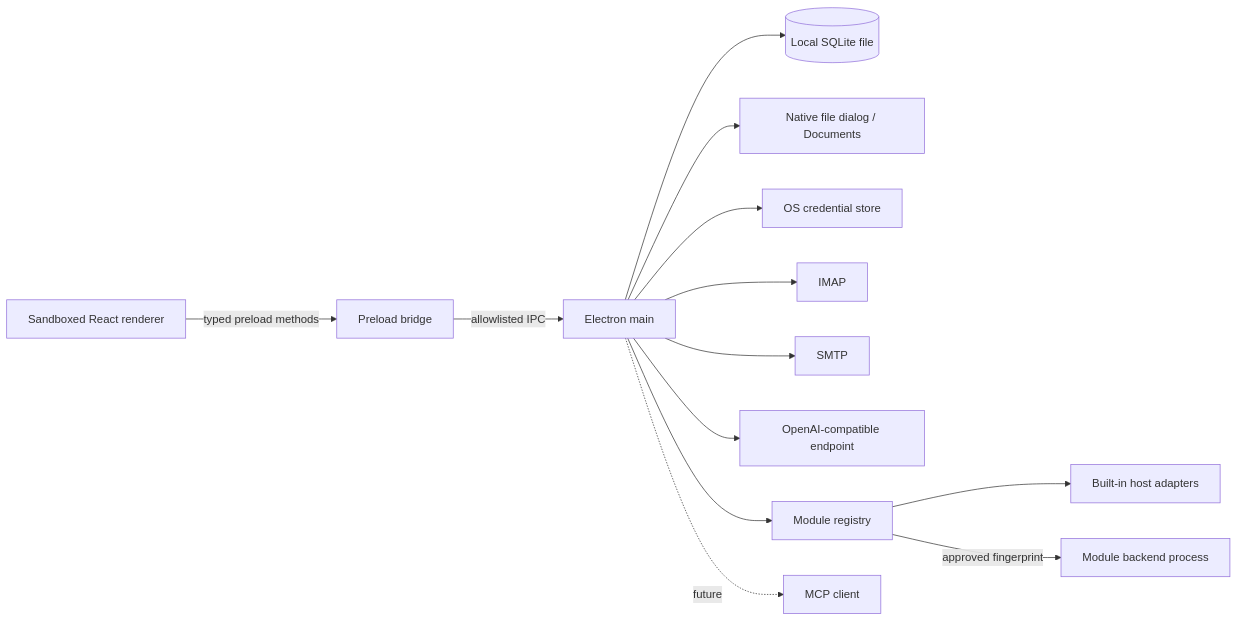
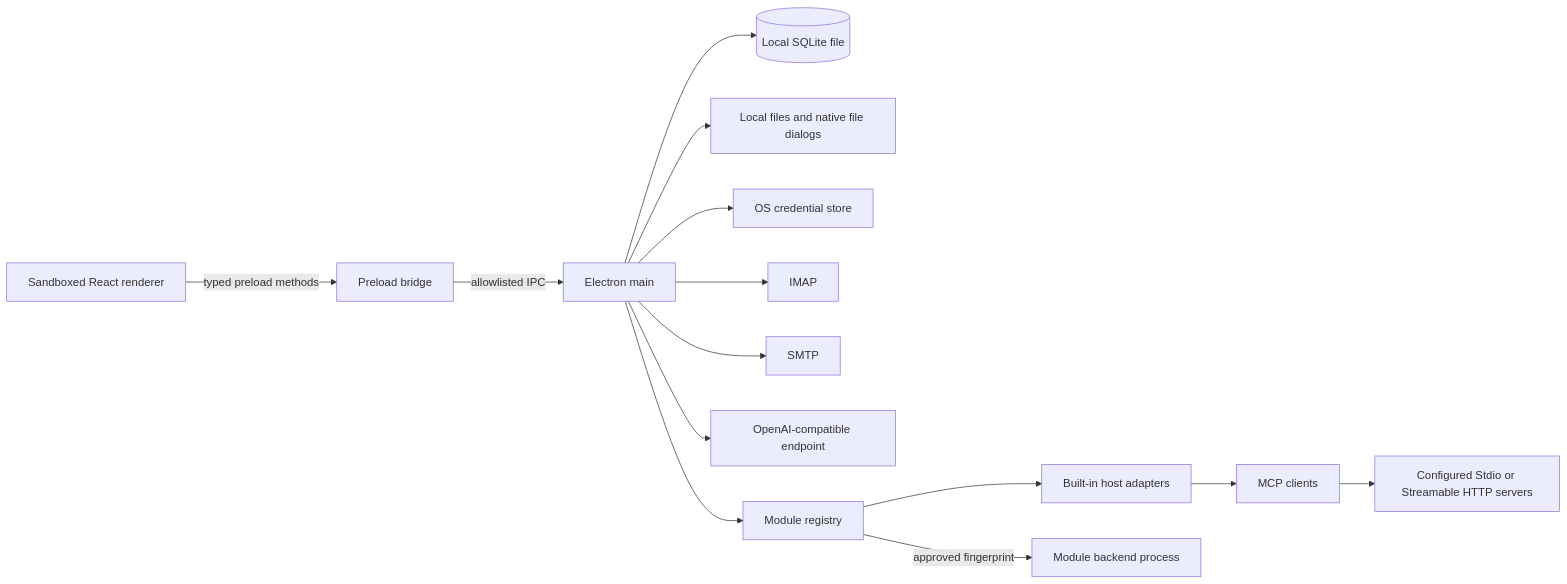
The diagram in docs/architecture.md (Tiboriuss/OpenVibeDesk), drawn with Mermaid before and after one commit. The commit also changed other lines of this file and 19 other files, not shown here.

````diff
--- a/docs/architecture.md
+++ b/docs/architecture.md
@@ -5,15 +7,16 @@
 ```mermaid
 flowchart LR
   R[Sandboxed React renderer] -->|typed preload methods| P[Preload bridge]
   P -->|allowlisted IPC| M[Electron main]
   M --> D[(Local SQLite file)]
-  M --> F[Native file dialog / Documents]
+  M --> F[Local files and native file dialogs]
   M --> K[OS credential store]
   M --> I[IMAP]
   M --> O[SMTP]
   M --> L[OpenAI-compatible endpoint]
   M --> MR[Module registry]
   MR --> BM[Built-in host adapters]
   MR -->|approved fingerprint| UM[Module backend process]
-  M -. future .-> C[MCP client]
+  BM --> C[MCP clients]
+  C --> S[Configured Stdio or Streamable HTTP servers]
 ```
````
